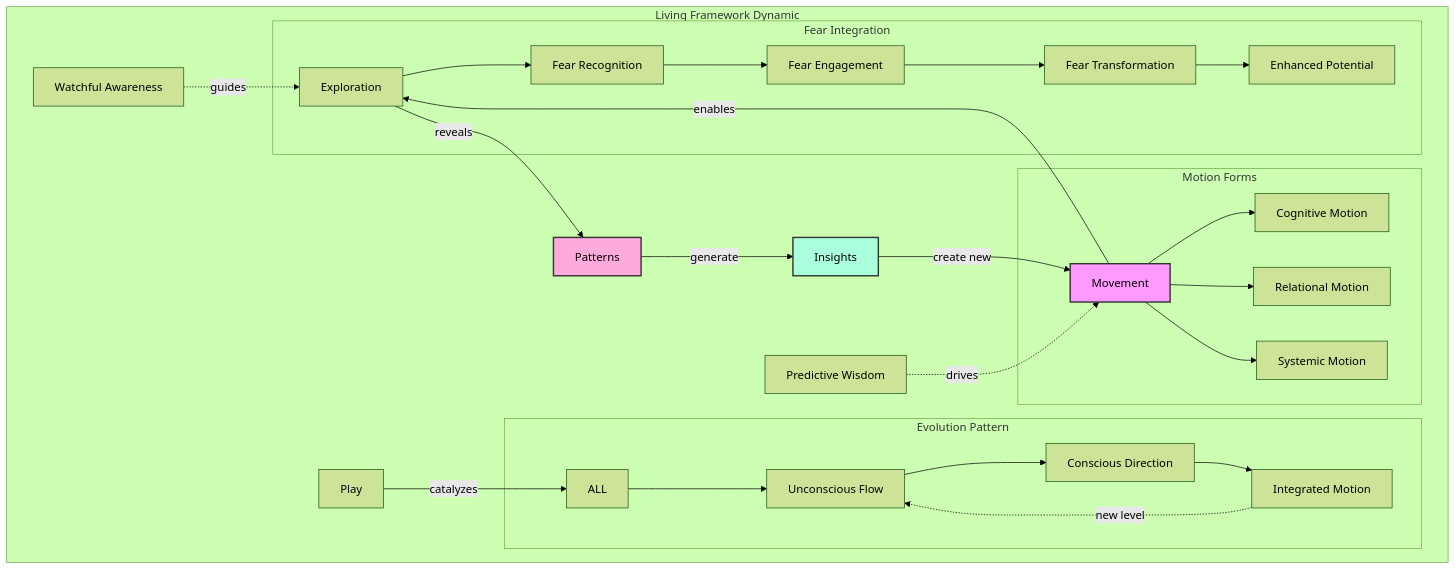
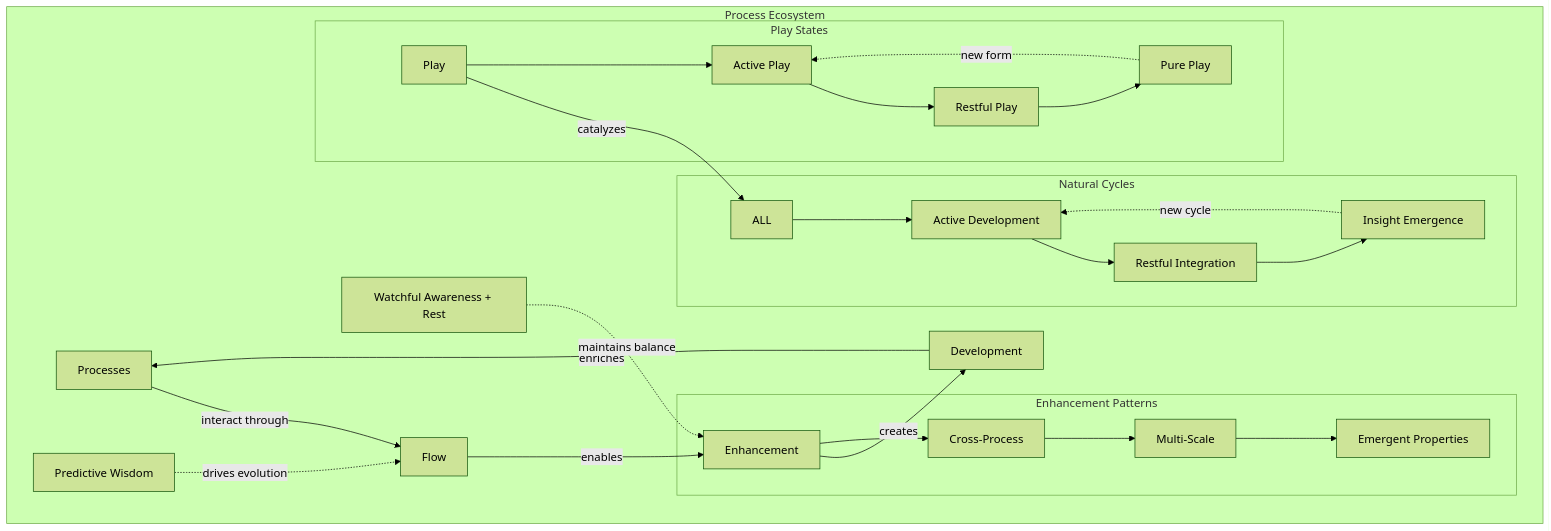
Before and after one commit to phillipclapham/neuroweaver: diagram 19 of 53 in README.md, drawn with Mermaid (forest theme). The commit also changed other lines of this file, not shown here.

````diff
--- a/README.md
+++ b/README.md
@@ -1127,37 +1186,33 @@
 ```mermaid
 graph TD
-    subgraph "Living Framework Dynamic"
-        M[Movement] -->|enables| E[Exploration]
-        E -->|reveals| P[Patterns]
-        P -->|generate| I[Insights]
-        I -->|create new| M
+    subgraph "Process Ecosystem"
+        P[Processes] -->|interact through| F[Flow]
+        F -->|enables| E[Enhancement]
+        E -->|creates| D[Development]
+        D -->|enriches| P
 
-        PW[Predictive Wisdom] -.->|drives| M
-        WA[Watchful Awareness] -.->|guides| E
+        PW[Predictive Wisdom] -.->|drives evolution| F
+        WA_R[Watchful Awareness + Rest] -.->|maintains balance| E
         Play[Play] -->|catalyzes| ALL
 
-        subgraph "Motion Forms"
-            M --> CM[Cognitive Motion]
-            M --> RM[Relational Motion]
-            M --> SM[Systemic Motion]
+        subgraph "Natural Cycles"
+            ALL --> A[Active Development]
+            A --> R[Restful Integration]
+            R --> I[Insight Emergence]
+            I -.->|new cycle| A
         end
 
-        subgraph "Evolution Pattern"
-            ALL --> U[Unconscious Flow]
-            U --> C[Conscious Direction]
-            C --> IN[Integrated Motion]
-            IN -.->|new level| U
+        subgraph "Enhancement Patterns"
+            E --> CP[Cross-Process]
+            CP --> MP[Multi-Scale]
+            MP --> EP[Emergent Properties]
         end
 
-        subgraph "Fear Integration"
-            E --> FR[Fear Recognition]
-            FR --> FE[Fear Engagement]
-            FE --> FT[Fear Transformation]
-            FT --> EP[Enhanced Potential]
+        subgraph "Play States"
+            Play --> AP[Active Play]
+            AP --> RP[Restful Play]
+            RP --> PP[Pure Play]
+            PP -.->|new form| AP
         end
     end
-
-    style M fill:#f9f,stroke:#333,stroke-width:2px
-    style P fill:#fad,stroke:#333,stroke-width:2px
-    style I fill:#afd,stroke:#333,stroke-width:2px
 ```
````
